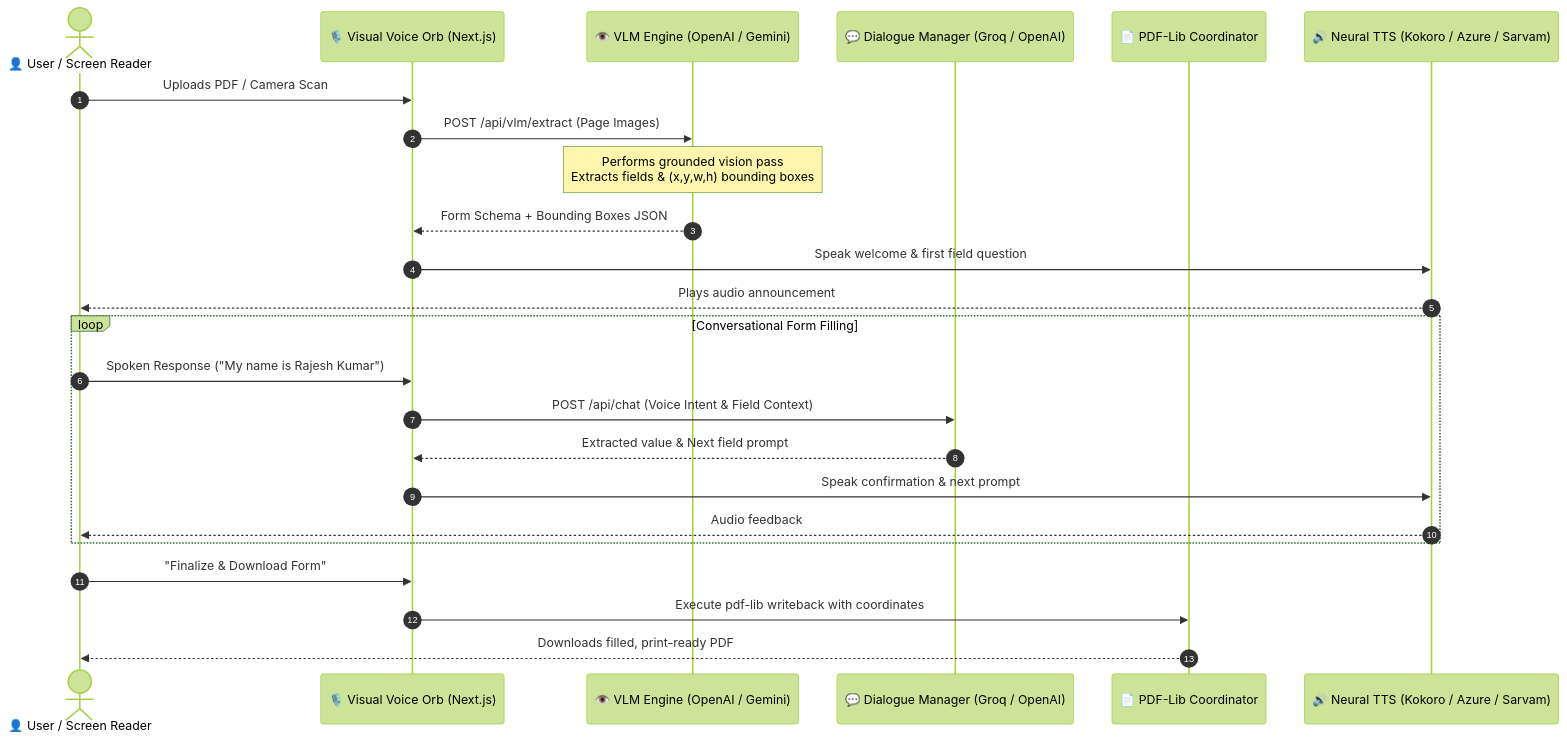
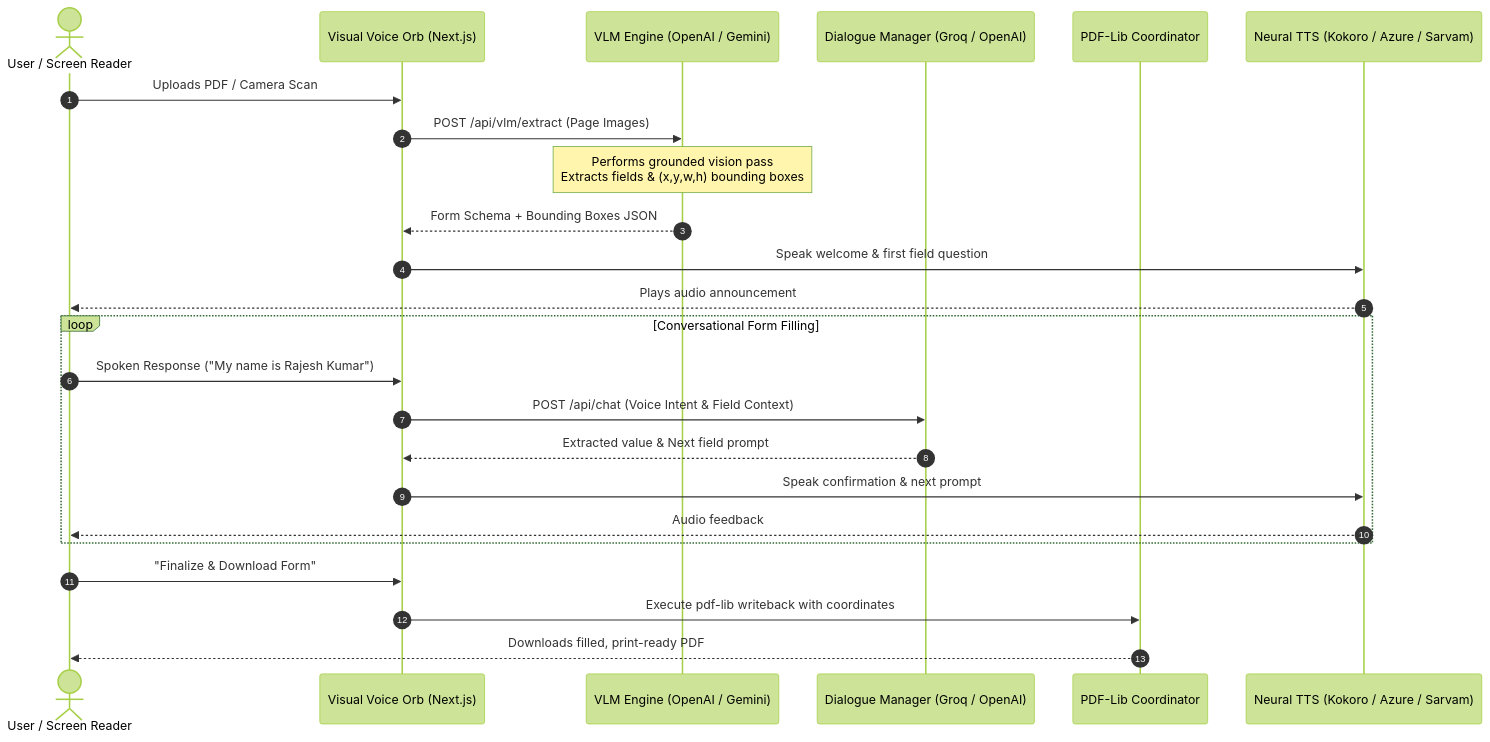
One commit to Chai-T-ORG/swaram changed the diagram in README.md. Above: the diagram before and after it, drawn with Mermaid (forest theme). The commit also changed other lines of this file and 5 other files, not shown here.

````diff
--- a/README.md
+++ b/README.md
@@ -175,30 +197,30 @@
 ```mermaid
 sequenceDiagram
     autonumber
-    actor User as 👤 User / Screen Reader
-    participant Orb as 🎙️ Visual Voice Orb (Next.js)
-    participant VLM as 👁️ VLM Engine (OpenAI / Gemini)
-    participant Dialogue as 💬 Dialogue Manager (Groq / OpenAI)
-    participant Writer as 📄 PDF-Lib Coordinator
-    participant TTS as 🔊 Neural TTS (Kokoro / Azure / Sarvam)
+    actor User as User / Screen Reader
+    participant Orb as Visual Voice Orb (Next.js)
+    participant VLM as VLM Engine (OpenAI / Gemini)
+    participant Dialogue as Dialogue Manager (Groq / OpenAI)
+    participant Writer as PDF-Lib Coordinator
+    participant TTS as Neural TTS (Kokoro / Azure / Sarvam)
 
     User->>Orb: Uploads PDF / Camera Scan
     Orb->>VLM: POST /api/vlm/extract (Page Images)
     Note over VLM: Performs grounded vision pass<br/>Extracts fields & (x,y,w,h) bounding boxes
     VLM-->>Orb: Form Schema + Bounding Boxes JSON
     
     Orb->>TTS: Speak welcome & first field question
     TTS-->>User: Plays audio announcement
     
     loop Conversational Form Filling
         User->>Orb: Spoken Response ("My name is Rajesh Kumar")
         Orb->>Dialogue: POST /api/chat (Voice Intent & Field Context)
         Dialogue-->>Orb: Extracted value & Next field prompt
         Orb->>TTS: Speak confirmation & next prompt
         TTS-->>User: Audio feedback
     end
 
     User->>Orb: "Finalize & Download Form"
     Orb->>Writer: Execute pdf-lib writeback with coordinates
     Writer-->>User: Downloads filled, print-ready PDF
 ```
````
